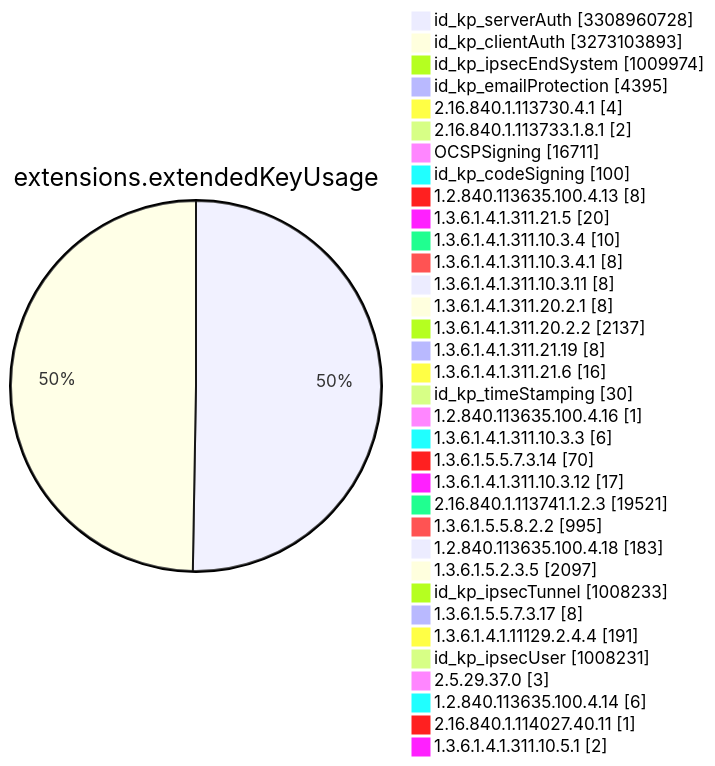
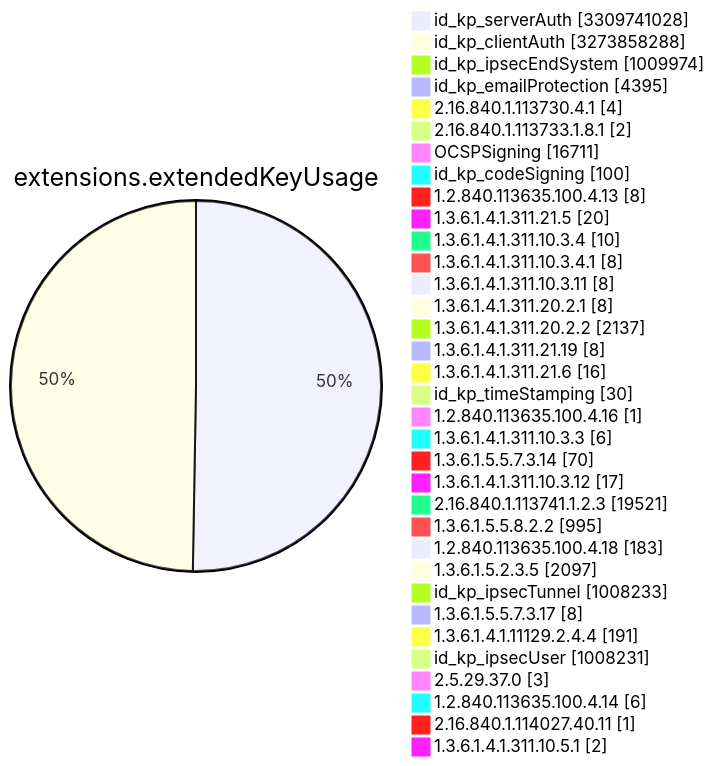
One commit to christiankrug/ctmonitor_visualization changed diagram 11 of 15 in TOTAL/README.md. Above: the diagram before and after it, drawn with Mermaid. The commit also changed other lines of this file, not shown here.

````diff
--- a/TOTAL/README.md
+++ b/TOTAL/README.md
@@ -4120,38 +4120,38 @@
 ```mermaid
 pie showData
 title extensions.extendedKeyUsage
-"id_kp_serverAuth" :3308960728
-"id_kp_clientAuth" :3273103893
+"id_kp_serverAuth" :3309741028
+"id_kp_clientAuth" :3273858288
 "id_kp_ipsecEndSystem" :1009974
 "id_kp_emailProtection" :4395
 "2.16.840.1.113730.4.1" :4
 "2.16.840.1.113733.1.8.1" :2
 "OCSPSigning" :16711
 "id_kp_codeSigning" :100
 "1.2.840.113635.100.4.13" :8
 "1.3.6.1.4.1.311.21.5" :20
 "1.3.6.1.4.1.311.10.3.4" :10
 "1.3.6.1.4.1.311.10.3.4.1" :8
 "1.3.6.1.4.1.311.10.3.11" :8
 "1.3.6.1.4.1.311.20.2.1" :8
 "1.3.6.1.4.1.311.20.2.2" :2137
 "1.3.6.1.4.1.311.21.19" :8
 "1.3.6.1.4.1.311.21.6" :16
 "id_kp_timeStamping" :30
 "1.2.840.113635.100.4.16" :1
 "1.3.6.1.4.1.311.10.3.3" :6
 "1.3.6.1.5.5.7.3.14" :70
 "1.3.6.1.4.1.311.10.3.12" :17
 "2.16.840.1.113741.1.2.3" :19521
 "1.3.6.1.5.5.8.2.2" :995
 "1.2.840.113635.100.4.18" :183
 "1.3.6.1.5.2.3.5" :2097
 "id_kp_ipsecTunnel" :1008233
 "1.3.6.1.5.5.7.3.17" :8
 "1.3.6.1.4.1.11129.2.4.4" :191
 "id_kp_ipsecUser" :1008231
 "2.5.29.37.0" :3
 "1.2.840.113635.100.4.14" :6
 "2.16.840.1.114027.40.11" :1
 "1.3.6.1.4.1.311.10.5.1" :2
 ```
````
